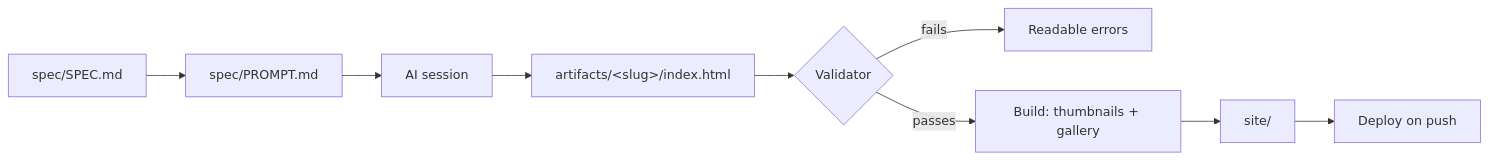
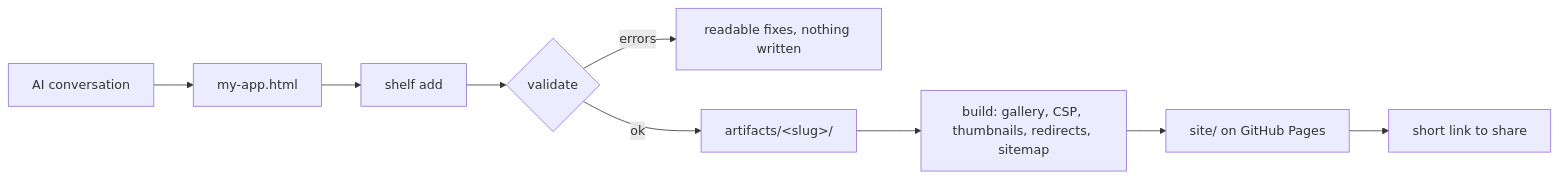
The diagram in README.md (Ariffurrhmn/shelf), drawn with Mermaid before and after one commit. The commit also changed other lines of this file and 19 other files, not shown here.

````diff
--- a/README.md
+++ b/README.md
@@ -50,11 +121,11 @@
 ```mermaid
 flowchart LR
-    A["spec/SPEC.md"] --> B["spec/PROMPT.md"]
-    B --> C["AI session"]
-    C --> D["artifacts/&lt;slug&gt;/index.html"]
-    D --> E{"Validator"}
-    E -- "fails" --> F["Readable errors"]
-    E -- "passes" --> G["Build: thumbnails + gallery"]
-    G --> H["site/"]
-    H --> I["Deploy on push"]
+    AI["AI conversation"] --> F["my-app.html"]
+    F --> ADD["shelf add"]
+    ADD --> V{"validate"}
+    V -- "errors" --> X["readable fixes, nothing written"]
+    V -- "ok" --> R["artifacts/&lt;slug&gt;/"]
+    R --> B["build: gallery, CSP, thumbnails, redirects, sitemap"]
+    B --> S["site/ on GitHub Pages"]
+    S --> L["short link to share"]
 ```
````
